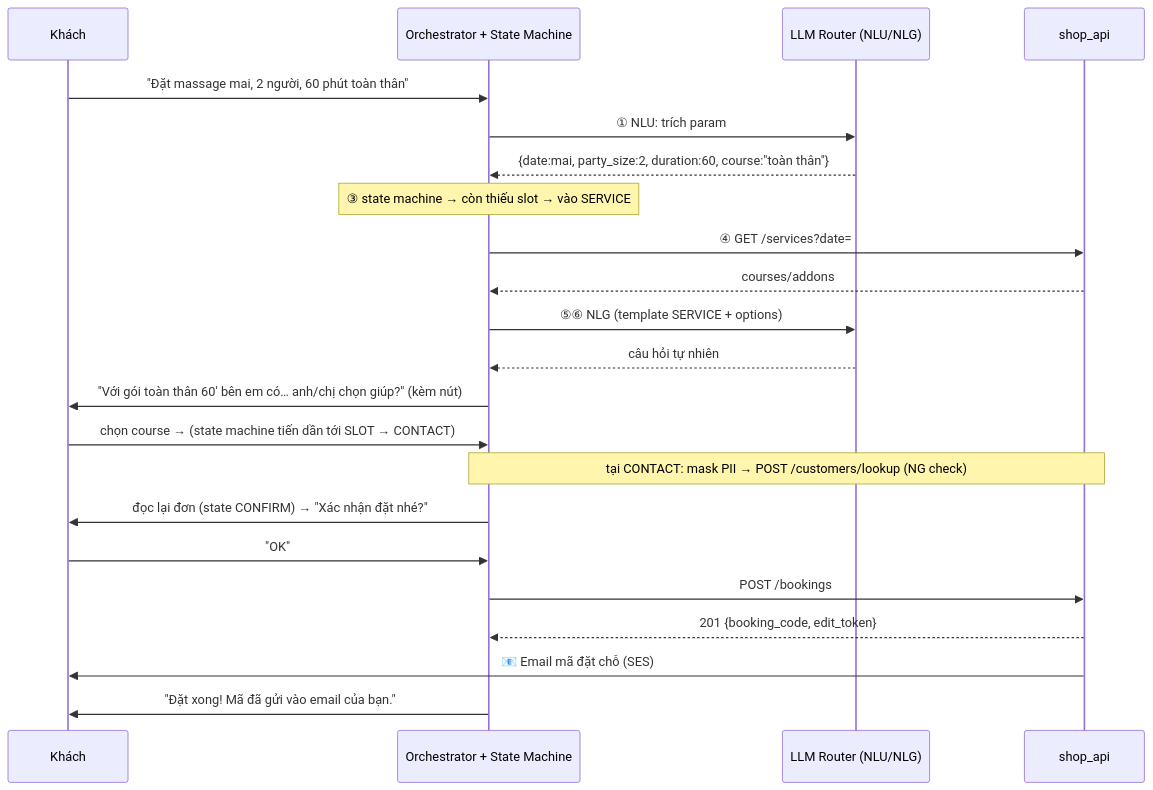
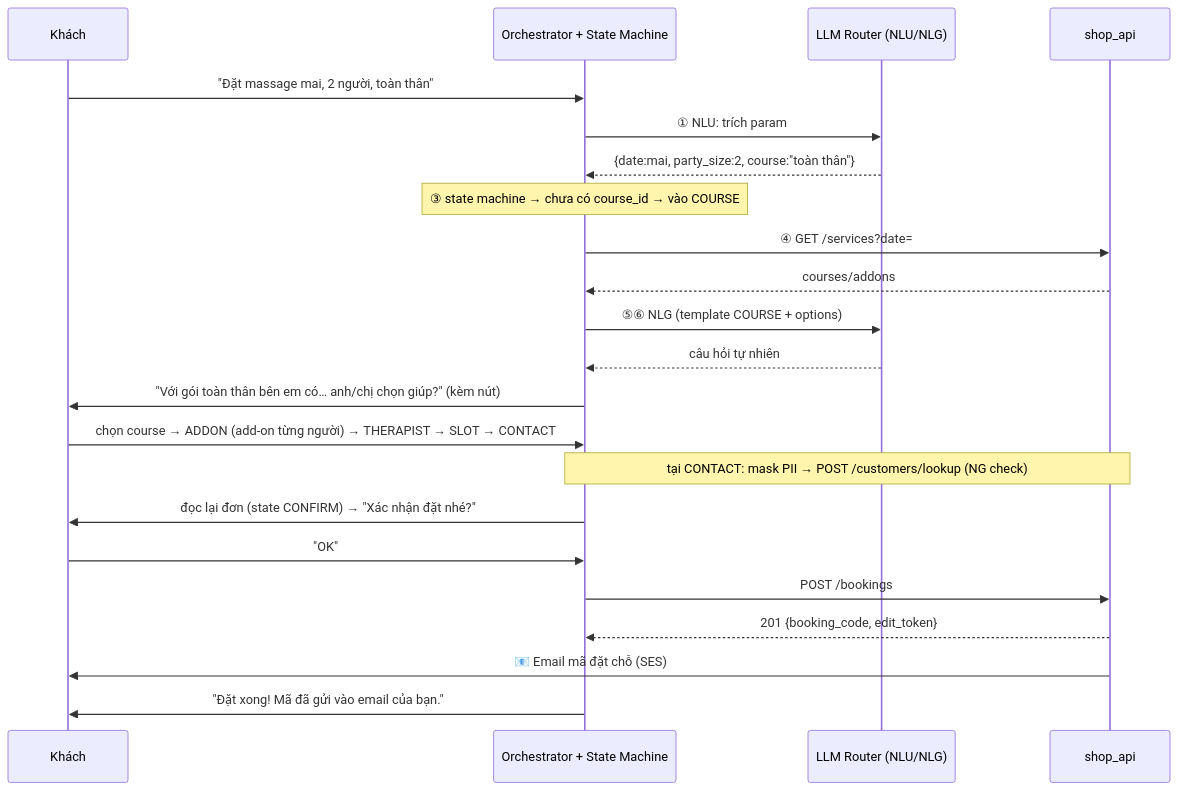
Before and after one commit to vinh27012004/AI_ASSISRTANCE_BOOKING: the second of 2 diagrams in UC-US-BA-APIDESIGN/chatbot-architecture.md, drawn with Mermaid. The commit also changed other lines of this file and 16 other files, not shown here.

First line of the commit message:
tính năng: cải tiến hệ thống đặt chỗ với kiểm tra sẵn có và thêm gói nhóm

````diff
--- a/UC-US-BA-APIDESIGN/chatbot-architecture.md
+++ b/UC-US-BA-APIDESIGN/chatbot-architecture.md
@@ -222,25 +234,25 @@
 ```mermaid
 sequenceDiagram
     participant K as Khách
     participant O as Orchestrator + State Machine
     participant L as LLM Router (NLU/NLG)
     participant B as shop_api
 
-    K->>O: "Đặt massage mai, 2 người, 60 phút toàn thân"
+    K->>O: "Đặt massage mai, 2 người, toàn thân"
     O->>L: ① NLU: trích param
-    L-->>O: {date:mai, party_size:2, duration:60, course:"toàn thân"}
-    Note over O: ③ state machine → còn thiếu slot → vào SERVICE
+    L-->>O: {date:mai, party_size:2, course:"toàn thân"}
+    Note over O: ③ state machine → chưa có course_id → vào COURSE
     O->>B: ④ GET /services?date=
     B-->>O: courses/addons
-    O->>L: ⑤⑥ NLG (template SERVICE + options)
+    O->>L: ⑤⑥ NLG (template COURSE + options)
     L-->>O: câu hỏi tự nhiên
-    O->>K: "Với gói toàn thân 60' bên em có… anh/chị chọn giúp?" (kèm nút)
-    K->>O: chọn course → (state machine tiến dần tới SLOT → CONTACT)
+    O->>K: "Với gói toàn thân bên em có… anh/chị chọn giúp?" (kèm nút)
+    K->>O: chọn course → ADDON (add-on từng người) → THERAPIST → SLOT → CONTACT
     Note over O,B: tại CONTACT: mask PII → POST /customers/lookup (NG check)
     O->>K: đọc lại đơn (state CONFIRM) → "Xác nhận đặt nhé?"
     K->>O: "OK"
     O->>B: POST /bookings
     B-->>O: 201 {booking_code, edit_token}
     B->>K: 📧 Email mã đặt chỗ (SES)
     O->>K: "Đặt xong! Mã đã gửi vào email của bạn."
 ```
````
